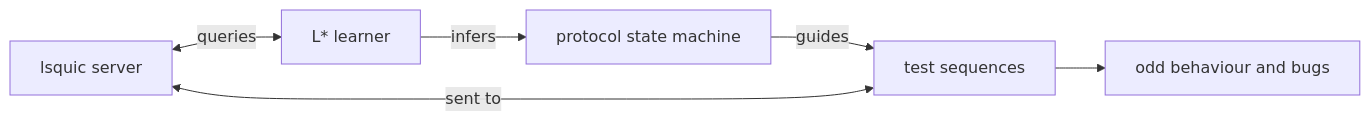
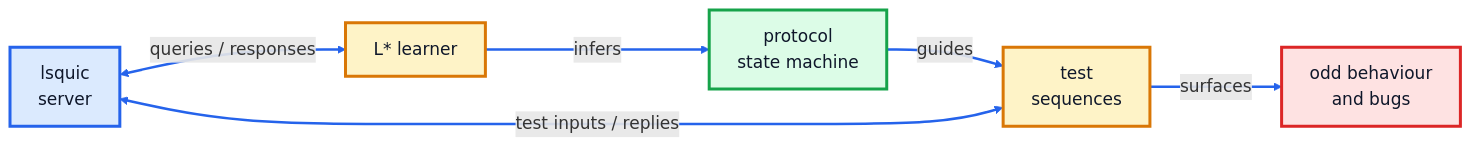
Before and after one commit to arpan-vs/arpan-vs: the diagram in README.md, drawn with Mermaid.

Commit message:
Revise the flowchart in the README for clarity
Updated the flowchart in the README to reflect changes in the queries and responses, and added HTML line breaks for better formatting.

````diff
--- a/README.md
+++ b/README.md
@@ -19,8 +19,21 @@
 ```mermaid
+%%{init: {"flowchart": {"nodeSpacing": 50, "rankSpacing": 60, "padding": 14}, "themeVariables": {"fontSize": "17px"}}}%%
 flowchart LR
-    A["lsquic server"] <-->|"queries"| B["L* learner"]
-    B -->|"infers"| C["protocol state machine"]
-    C -->|"guides"| D["test sequences"]
-    D <-->|"sent to"| A
-    D --> E["odd behaviour and bugs"]
+    A["lsquic<br/>server"] <-->|"queries / responses"| B["L* learner"]
+    B -->|"infers"| C["protocol<br/>state machine"]
+    C -->|"guides"| D["test<br/>sequences"]
+    D <-->|"test inputs / replies"| A
+    D -->|"surfaces"| E["odd behaviour<br/>and bugs"]
+ 
+    classDef target fill:#dbeafe,stroke:#2563eb,stroke-width:3px,color:#0f172a
+    classDef learn fill:#fef3c7,stroke:#d97706,stroke-width:3px,color:#0f172a
+    classDef model fill:#dcfce7,stroke:#16a34a,stroke-width:3px,color:#0f172a
+    classDef result fill:#fee2e2,stroke:#dc2626,stroke-width:3px,color:#0f172a
+ 
+    class A target
+    class B,D learn
+    class C model
+    class E result
+ 
+    linkStyle default stroke:#2563eb,stroke-width:2.5px
 ```
````
